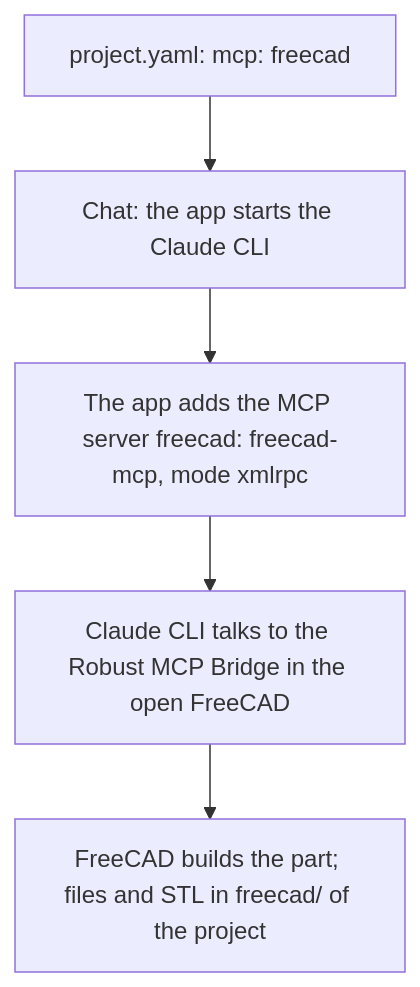
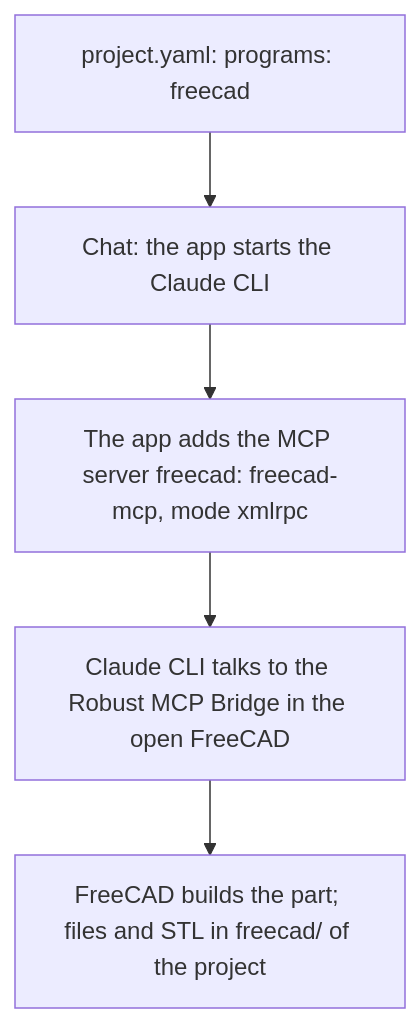
The diagram in docs/plans/FREECAD.md (GFGMNET/Workspace), drawn with Mermaid before and after one commit. The commit also changed other lines of this file and 6 other files, not shown here.

First line of the commit message:
MCP plans: switched on with programs: (approved), Ready 2 Deploy again

````diff
--- a/docs/plans/FREECAD.md
+++ b/docs/plans/FREECAD.md
@@ -66,7 +64,7 @@
 ```mermaid
 flowchart TD
-  A[project.yaml: mcp: freecad] --> B[Chat: the app starts the Claude CLI]
+  A[project.yaml: programs: freecad] --> B[Chat: the app starts the Claude CLI]
   B --> C[The app adds the MCP server freecad: freecad-mcp, mode xmlrpc]
   C --> D[Claude CLI talks to the Robust MCP Bridge in the open FreeCAD]
   D --> E[FreeCAD builds the part; files and STL in freecad/ of the project]
 ```
````
